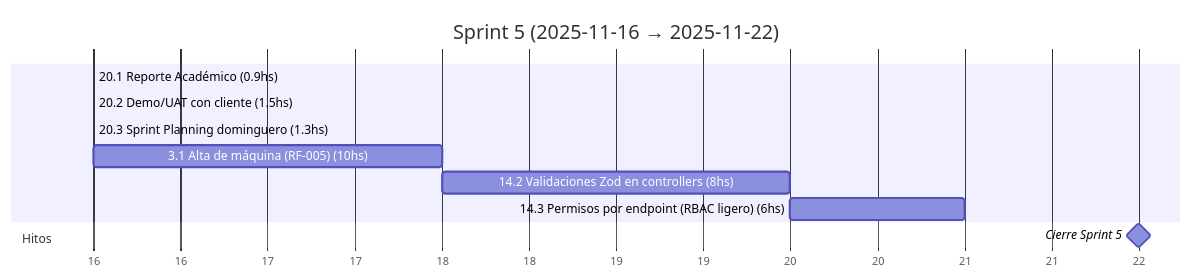
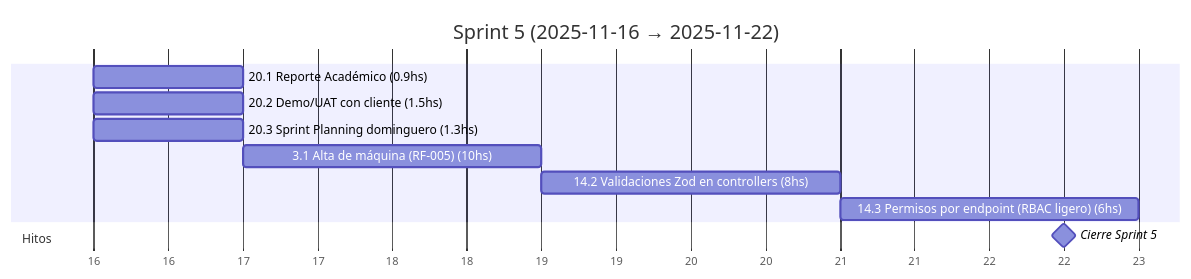
One commit to MarkMed/FleetMan changed the sixth of 18 diagrams in docs/SprintsGantts.md. Above: the diagram before and after it, drawn with Mermaid. The commit also changed other lines of this file, not shown here.

````diff
--- a/docs/SprintsGantts.md
+++ b/docs/SprintsGantts.md
@@ -151,18 +151,18 @@
 ```mermaid
 gantt
   title Sprint 5 (2025-11-16 → 2025-11-22)
   dateFormat  YYYY-MM-DD
   axisFormat  %d
 
   %% Asumimos 5 h/día. Horas estimadas incluidas en el nombre.
 
-  20.1 Reporte Académico (0.9hs)               :t201, 2025-11-16, 0.2d
-  20.2 Demo/UAT con cliente (1.5hs)            :t202, after t201, 0.3d
-  20.3 Sprint Planning dominguero (1.3hs)      :t203, after t202, 0.3d
+  20.1 Reporte Académico (0.9hs)               :t201, 2025-11-16, 1d
+  20.2 Demo/UAT con cliente (1.5hs)            :t202, 2025-11-16, 1d
+  20.3 Sprint Planning dominguero (1.3hs)      :t203, 2025-11-16, 1d
   3.1 Alta de máquina (RF-005) (10hs)          :t31, after t203, 2d
-  14.2 Validaciones Zod en controllers (8hs)   :t142, after t31, 1.6d
-  14.3 Permisos por endpoint (RBAC ligero) (6hs) :t143, after t142, 1.2d
+  14.2 Validaciones Zod en controllers (8hs)   :t142, after t31, 2d
+  14.3 Permisos por endpoint (RBAC ligero) (6hs) :t143, after t142, 2d
 
   section Hitos
-  Cierre Sprint 5                              :milestone, s5, 2025-11-22, 0d
+  Cierre Sprint 5                              :milestone, s5, 2025-11-22, 1d
 ```
````
